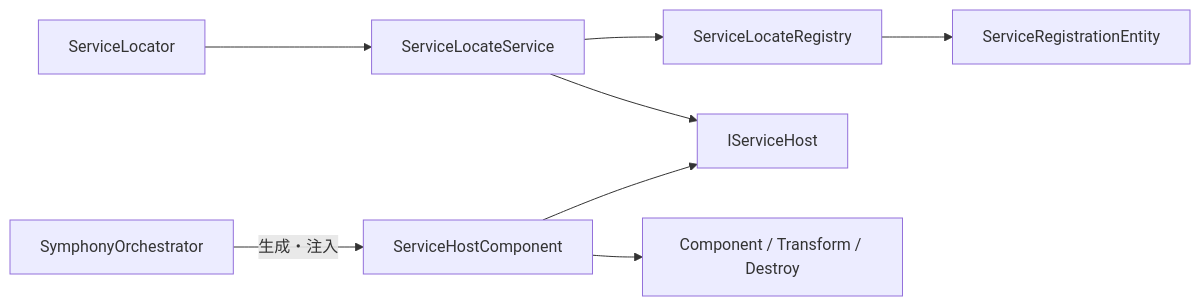
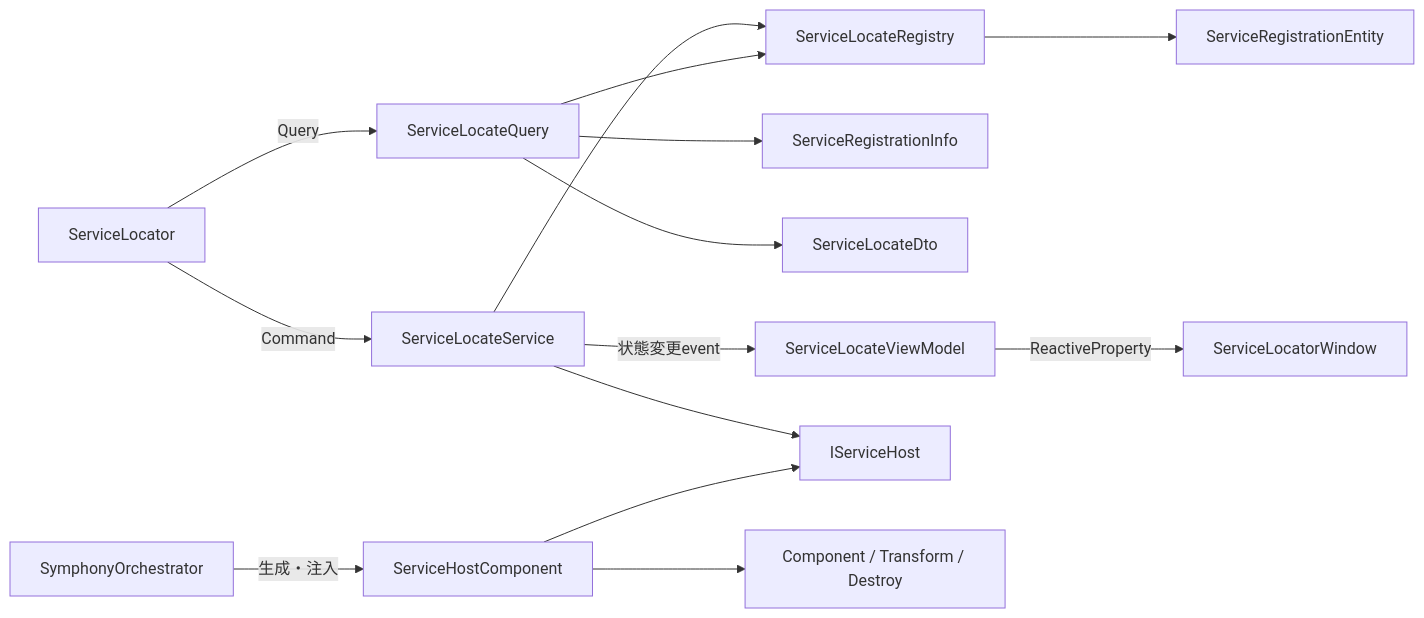
Before and after one commit to HIBIKI5201/SymphonyFramework: the fifth of 6 diagrams in Documentation~/Architecture.md, drawn with Mermaid. The commit also changed other lines of this file and 30 other files, not shown here.

````diff
--- a/Documentation~/Architecture.md
+++ b/Documentation~/Architecture.md
@@ -181,10 +190,16 @@
 ```mermaid
 flowchart LR
-    Locator["ServiceLocator"] --> Service["ServiceLocateService"]
+    Locator["ServiceLocator"] -->|Command| Service["ServiceLocateService"]
     Service --> Registry["ServiceLocateRegistry"]
     Registry --> Entity["ServiceRegistrationEntity"]
+    Locator -->|Query| Query["ServiceLocateQuery"]
+    Query --> Registry
+    Query --> Info["ServiceRegistrationInfo"]
+    Query --> Dto["ServiceLocateDto"]
+    Service -->|状態変更event| ViewModel["ServiceLocateViewModel"]
+    ViewModel -->|ReactiveProperty| Window["ServiceLocatorWindow"]
     Service --> HostContract["IServiceHost"]
     Host["ServiceHostComponent"] --> HostContract
     Host --> Unity["Component / Transform / Destroy"]
     Orchestrator["SymphonyOrchestrator"] -->|生成・注入| Host
 ```
````
